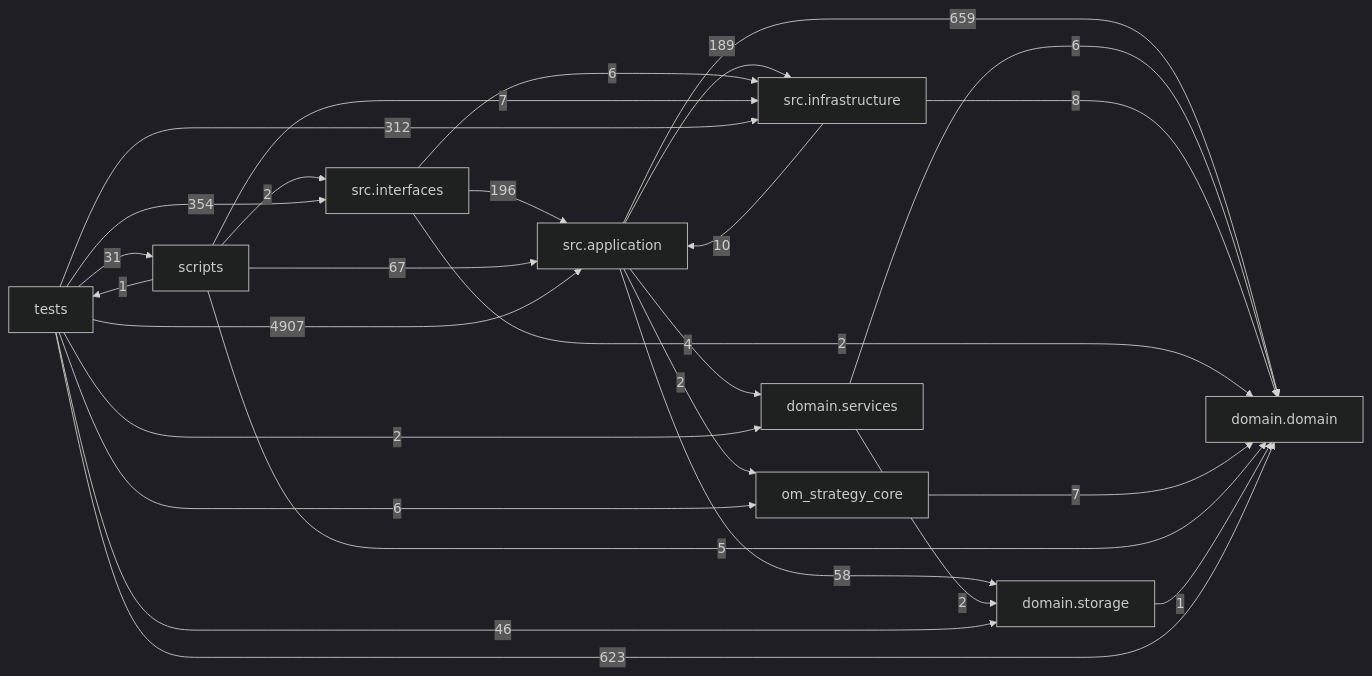
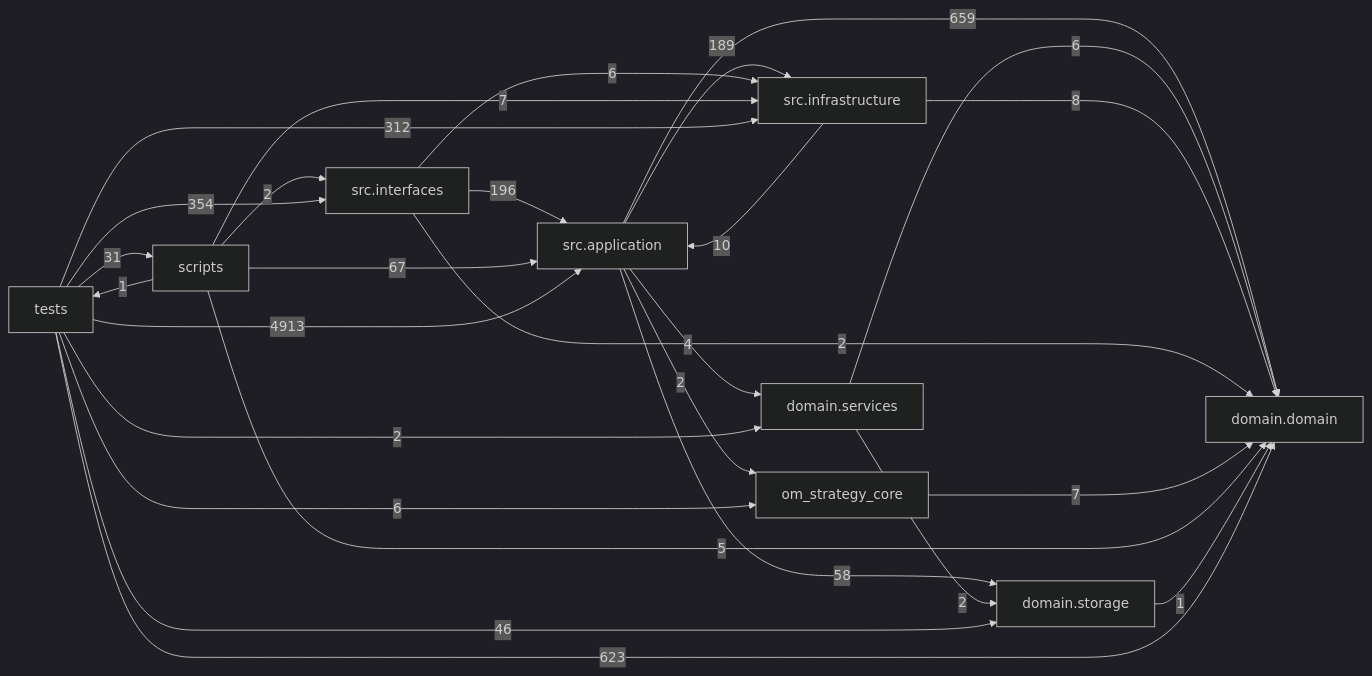
One commit to liuxie066/options-monitor changed the diagram in docs/DEPENDENCY_GRAPH.md. Above: the diagram before and after it, drawn with Mermaid (dark theme). The commit also changed other lines of this file and 5 other files, not shown here.

````diff
--- a/docs/DEPENDENCY_GRAPH.md
+++ b/docs/DEPENDENCY_GRAPH.md
@@ -24,38 +24,38 @@
 ```mermaid
 flowchart LR
   tests["tests"]
   scripts["scripts"]
   interfaces["src.interfaces"]
   application["src.application"]
   infrastructure["src.infrastructure"]
   domain_services["domain.services"]
   domain["domain.domain"]
   storage["domain.storage"]
   application -->|659| domain
   application -->|4| domain_services
   application -->|189| infrastructure
   application -->|2| om_strategy_core
   application -->|58| storage
   domain_services -->|6| domain
   domain_services -->|2| storage
   infrastructure -->|10| application
   infrastructure -->|8| domain
   interfaces -->|196| application
   interfaces -->|2| domain
   interfaces -->|6| infrastructure
   om_strategy_core -->|7| domain
   scripts -->|67| application
   scripts -->|5| domain
   scripts -->|7| infrastructure
   scripts -->|2| interfaces
   scripts -->|1| tests
   storage -->|1| domain
-  tests -->|4907| application
+  tests -->|4913| application
   tests -->|623| domain
   tests -->|2| domain_services
   tests -->|312| infrastructure
   tests -->|354| interfaces
   tests -->|6| om_strategy_core
   tests -->|31| scripts
   tests -->|46| storage
 ```
````
